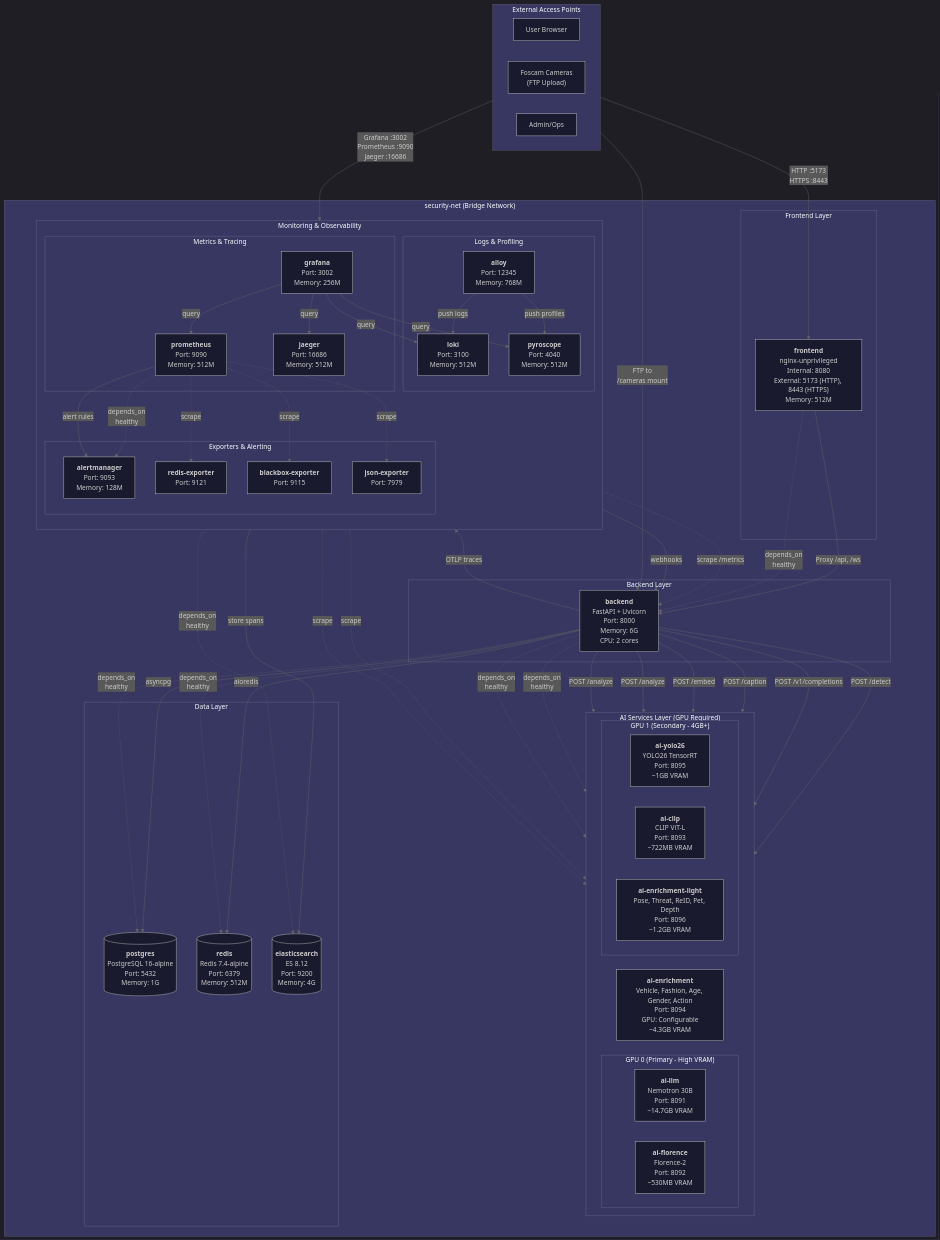
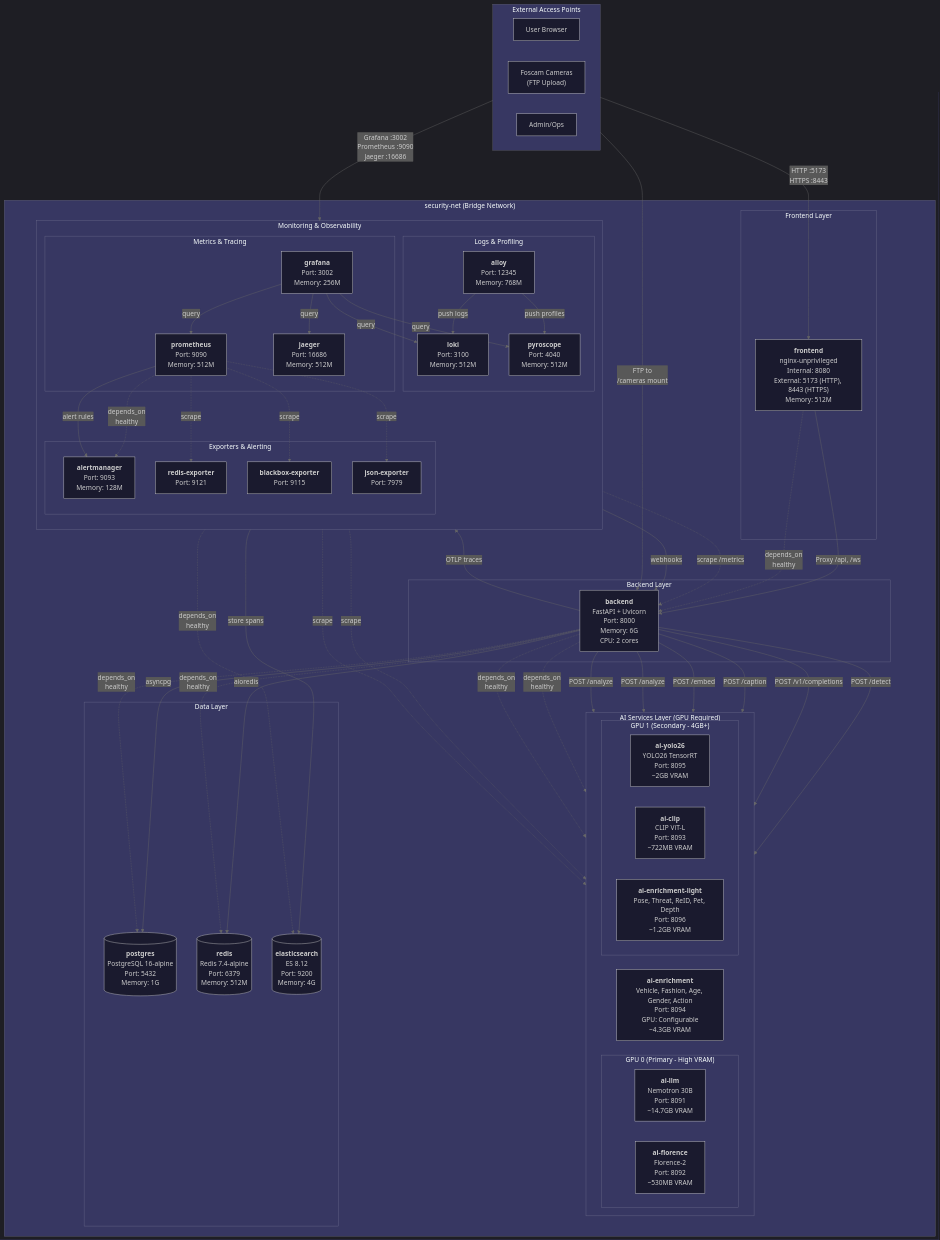
Before and after one commit to mikesvoboda/nemotron-v3-home-security-intelligence: the first of 3 diagrams in docs/operator/deployment/README.md, drawn with Mermaid. The commit also changed other lines of this file and 206 other files, not shown here.

```diff
--- a/docs/operator/deployment/README.md
+++ b/docs/operator/deployment/README.md
@@ -63,7 +63,7 @@
                 FLOR["<b>ai-florence</b><br/>Florence-2<br/>Port: 8092<br/>~530MB VRAM"]
             end
             subgraph GPU1["GPU 1 (Secondary - 4GB+)"]
-                YOLO["<b>ai-yolo26</b><br/>YOLO26 TensorRT<br/>Port: 8095<br/>~1GB VRAM"]
+                YOLO["<b>ai-yolo26</b><br/>YOLO26 TensorRT<br/>Port: 8095<br/>~2GB VRAM"]
                 CLIP["<b>ai-clip</b><br/>CLIP ViT-L<br/>Port: 8093<br/>~722MB VRAM"]
                 ENRL["<b>ai-enrichment-light</b><br/>Pose, Threat, ReID, Pet, Depth<br/>Port: 8096<br/>~1.2GB VRAM"]
             end
```
